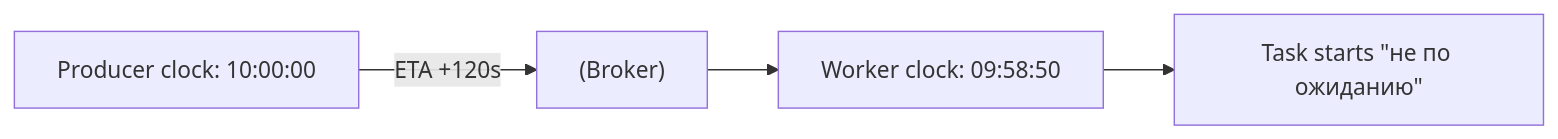
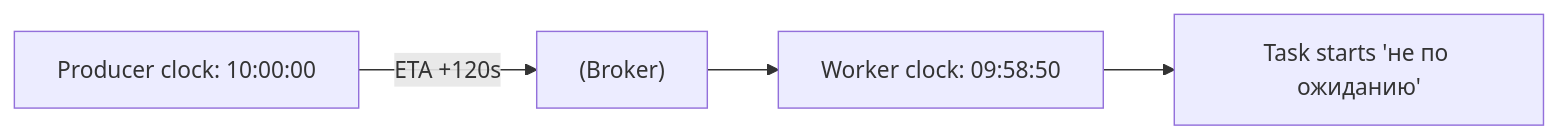
One commit to DDoSKudya/ai-study-atlas changed the diagram in directions/services/celery/pact/24_edge_cases_redkie_scenarii_i_tonkie_mesta/19_24_24_9_chasy_i_sinkhronizatsiya_vremeni.md. Above: the diagram before and after it, drawn with Mermaid. The commit also changed 81 other files, not shown here.

Commit message:
fix(docs): make mermaid diagrams GitHub-compatible across directions content

````diff
--- a/directions/services/celery/pact/24_edge_cases_redkie_scenarii_i_tonkie_mesta/19_24_24_9_chasy_i_sinkhronizatsiya_vremeni.md
+++ b/directions/services/celery/pact/24_edge_cases_redkie_scenarii_i_tonkie_mesta/19_24_24_9_chasy_i_sinkhronizatsiya_vremeni.md
@@ -35,6 +35,6 @@
 ```mermaid
 flowchart LR
     P["Producer clock: 10:00:00"] -->|ETA +120s| B["(Broker)"]
     B --> W["Worker clock: 09:58:50"]
-    W --> X["Task starts #quot;не по ожиданию#quot;"]
+    W --> X["Task starts 'не по ожиданию'"]
 ```
````
